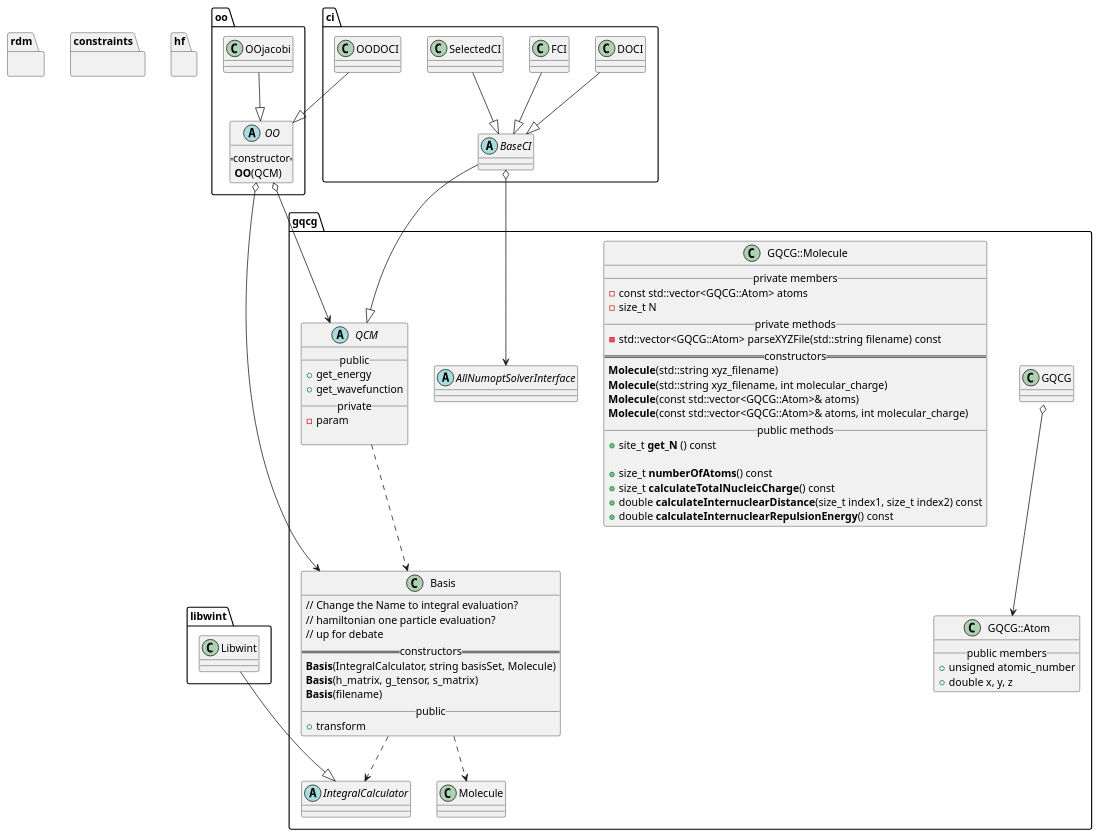
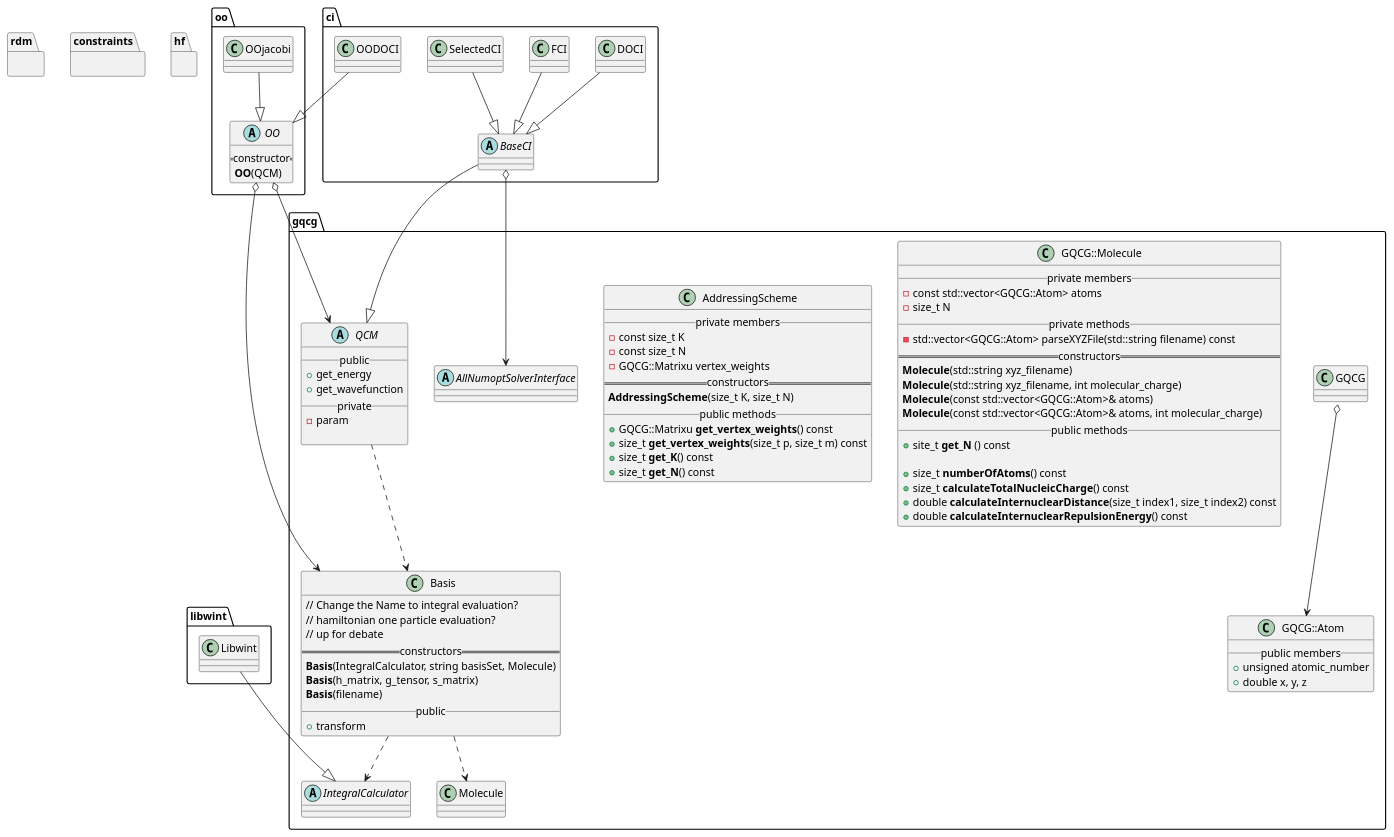
Before and after one commit to GQCG/GQCP: the diagram in docs/gqcg.puml, drawn with PlantUML. The commit also changed 5 other files, not shown here.

Commit message:
Implement AddressingScheme.

```diff
--- a/docs/gqcg.puml
+++ b/docs/gqcg.puml
@@ -1,110 +1,126 @@
 @startuml
 
 namespace gqcg {
 
     class GQCG::Atom {
         __ public members __
             + unsigned atomic_number
             + double x, y, z
     }
 
     GQCG::Molecule o--> GQCG::Atom
     class GQCG::Molecule {
         __ private members __
             - const std::vector<GQCG::Atom> atoms
             - size_t N
         __ private methods __
             - std::vector<GQCG::Atom> parseXYZFile(std::string filename) const
         == constructors ==
             **Molecule**(std::string xyz_filename)
             **Molecule**(std::string xyz_filename, int molecular_charge)
             **Molecule**(const std::vector<GQCG::Atom>& atoms)
             **Molecule**(const std::vector<GQCG::Atom>& atoms, int molecular_charge)
         __ public methods __
             + site_t **get_N** () const
 
             + size_t **numberOfAtoms**() const
             + size_t **calculateTotalNucleicCharge**() const
             + double **calculateInternuclearDistance**(size_t index1, size_t index2) const
             + double **calculateInternuclearRepulsionEnergy**() const
     }
+
+    class AddressingScheme {
+        __ private members __
+            - const size_t K
+            - const size_t N
+            - GQCG::Matrixu vertex_weights
+        == constructors ==
+            **AddressingScheme**(size_t K, size_t N)
+        __ public methods __
+            + GQCG::Matrixu **get_vertex_weights**() const
+            + size_t **get_vertex_weights**(size_t p, size_t m) const
+            + size_t **get_K**() const
+            + size_t **get_N**() const
+    }
+
+
 
     abstract class IntegralCalculator
     class Basis {
         // Change the Name to integral evaluation?
         // hamiltonian one particle evaluation?
         // up for debate
         == constructors ==
            **Basis**(IntegralCalculator, string basisSet, Molecule)
            **Basis**(h_matrix, g_tensor, s_matrix)
            **Basis**(filename)
         __public__
            +transform
    }
 
     abstract class QCM {
         __public__
         +get_energy
         +get_wavefunction
         __private__
         -param
 
     }
 
     abstract AllNumoptSolverInterface
 
     gqcg.Basis ..> gqcg.IntegralCalculator
     gqcg.Basis ..> gqcg.Molecule
 
     gqcg.QCM ..> gqcg.Basis
 
 
 
 }
 
 namespace libwint {
     class Libwint
 }
 
 libwint.Libwint --|> gqcg.IntegralCalculator
 
 namespace oo {
     abstract class OO {
         ==constructor==
          **OO**(QCM)
     }
     class OOjacobi {
 
     }
 }
 
 
 oo.OO o--> gqcg.QCM
 oo.OO o--> gqcg.Basis
 oo.OOjacobi --|> oo.OO
 
 namespace ci {
     abstract class BaseCI
     class DOCI
     class FCI
     class OODOCI
     class SelectedCI
 }
 
 ci.BaseCI --|> gqcg.QCM
 ci.OODOCI --|> oo.OO
 ci.DOCI --|> ci.BaseCI
 ci.FCI --|> ci.BaseCI
 ci.SelectedCI --|> ci.BaseCI
 ci.BaseCI o--> gqcg.AllNumoptSolverInterface
 
 namespace rdm {
 }
 namespace constraints {
 }
 
 namespace hf {
 }
 
 
 @enduml
```
